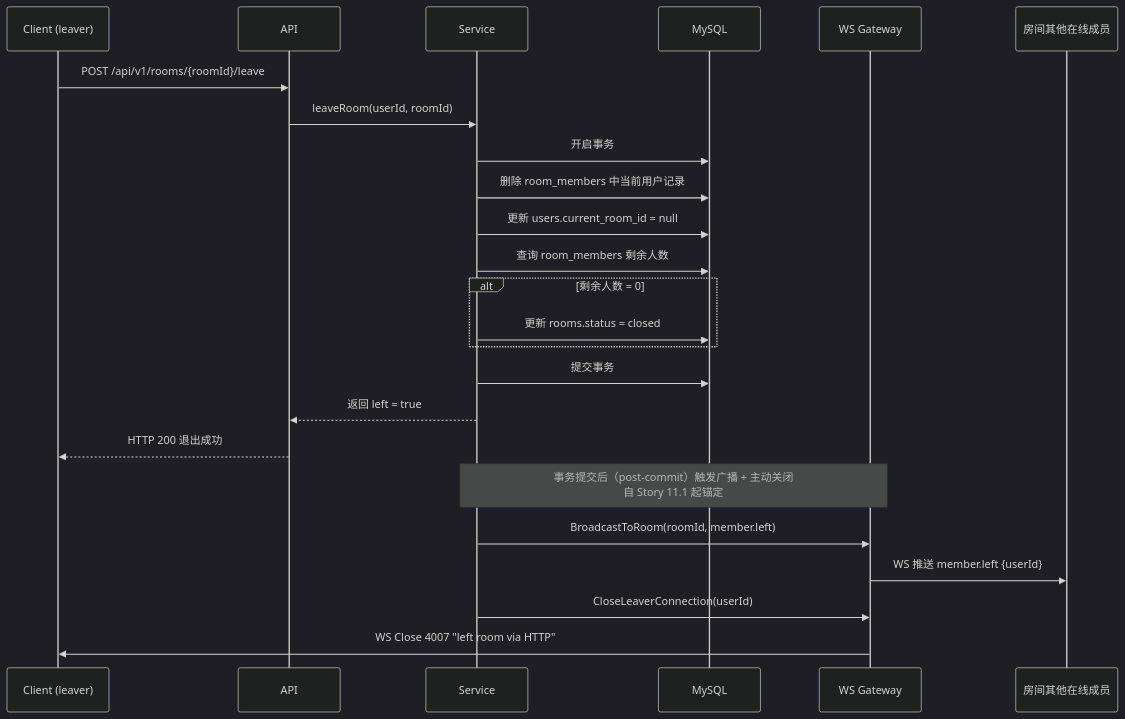
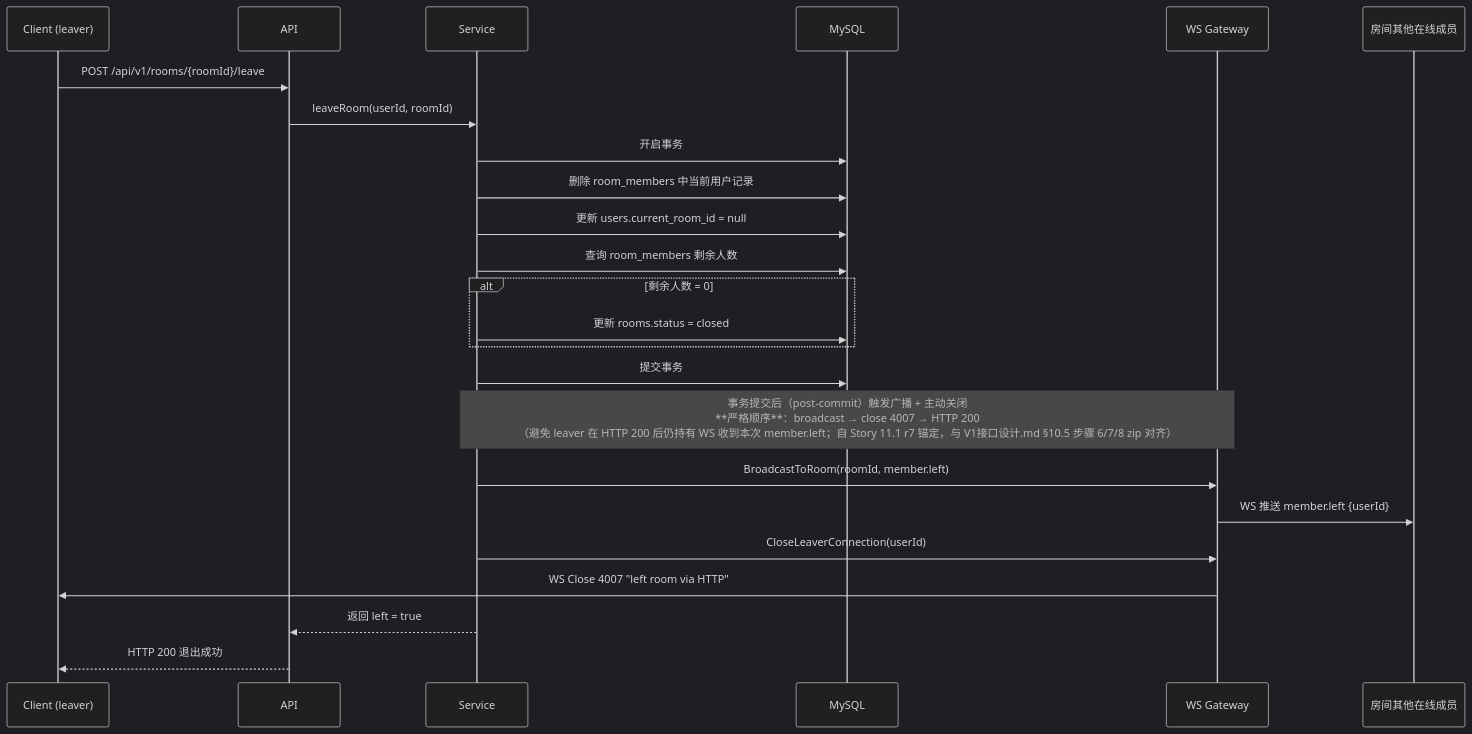
One commit to huing7373/catc changed the tenth of 12 diagrams in docs/宠物互动App_时序图与核心业务流程设计.md. Above: the diagram before and after it, drawn with Mermaid (dark theme). The commit also changed other lines of this file and 4 other files, not shown here.

First line of the commit message:
fix(review): 11-1 r7 接口默认 deny + 显式 allow ACL & prose-mermaid zip 对齐

````diff
--- a/docs/宠物互动App_时序图与核心业务流程设计.md
+++ b/docs/宠物互动App_时序图与核心业务流程设计.md
@@ -483,27 +483,27 @@
 ```mermaid
 sequenceDiagram
     participant Client as Client (leaver)
     participant API
     participant Service
     participant MySQL
     participant WSGateway as WS Gateway
     participant Others as 房间其他在线成员
 
     Client->>API: POST /api/v1/rooms/{roomId}/leave
     API->>Service: leaveRoom(userId, roomId)
     Service->>MySQL: 开启事务
     Service->>MySQL: 删除 room_members 中当前用户记录
     Service->>MySQL: 更新 users.current_room_id = null
     Service->>MySQL: 查询 room_members 剩余人数
     alt 剩余人数 = 0
         Service->>MySQL: 更新 rooms.status = closed
     end
     Service->>MySQL: 提交事务
-    Service-->>API: 返回 left = true
-    API-->>Client: HTTP 200 退出成功
-    Note over Service,WSGateway: 事务提交后（post-commit）触发广播 + 主动关闭<br/>自 Story 11.1 起锚定
+    Note over Service,WSGateway: 事务提交后（post-commit）触发广播 + 主动关闭<br/>**严格顺序**：broadcast → close 4007 → HTTP 200<br/>（避免 leaver 在 HTTP 200 后仍持有 WS 收到本次 member.left；自 Story 11.1 r7 锚定，与 V1接口设计.md §10.5 步骤 6/7/8 zip 对齐）
     Service->>WSGateway: BroadcastToRoom(roomId, member.left)
     WSGateway->>Others: WS 推送 member.left {userId}
     Service->>WSGateway: CloseLeaverConnection(userId)
     WSGateway->>Client: WS Close 4007 "left room via HTTP"
+    Service-->>API: 返回 left = true
+    API-->>Client: HTTP 200 退出成功
 ```
````
